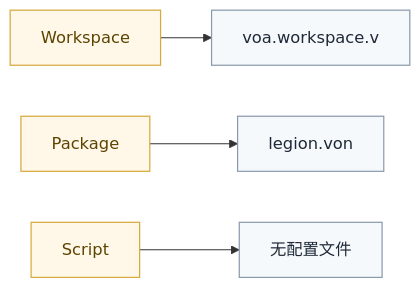
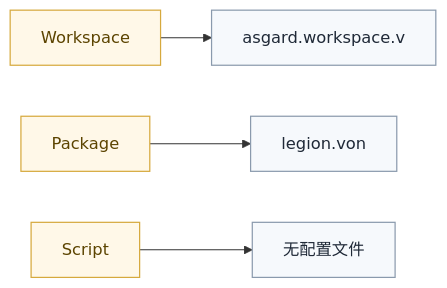
One commit to valkyrie-language/valkyrie.v changed the first of 4 diagrams in documentation/pages/zh-hans/toolchain/legion.md. Above: the diagram before and after it, drawn with Mermaid. The commit also changed other lines of this file and 76 other files, not shown here.

Commit message:
💥 rename voa runtime glue and CSS classes to asgard

````diff
--- a/documentation/pages/zh-hans/toolchain/legion.md
+++ b/documentation/pages/zh-hans/toolchain/legion.md
@@ -40,21 +40,21 @@
 ```mermaid
 flowchart LR
     Workspace[Workspace]
     Package[Package]
     Script[Script]
 
-    WorkspaceConfig[voa.workspace.v]
+    WorkspaceConfig[asgard.workspace.v]
     PackageConfig[legion.von]
     NoConfig[无配置文件]
 
     Workspace --> WorkspaceConfig
     Package --> PackageConfig
     Script --> NoConfig
 
     classDef phase fill:#f6f9fc,stroke:#8a9aad,stroke-width:1.2px,color:#1f2937;
     classDef boundary fill:#fff8e8,stroke:#d6a93d,stroke-width:1.2px,color:#5c4400;
     classDef delivery fill:#f3fbf6,stroke:#7fb77e,stroke-width:1.2px,color:#1f5130;
 
     class Workspace,Package,Script boundary;
     class WorkspaceConfig,PackageConfig,NoConfig phase;
 ```
````
